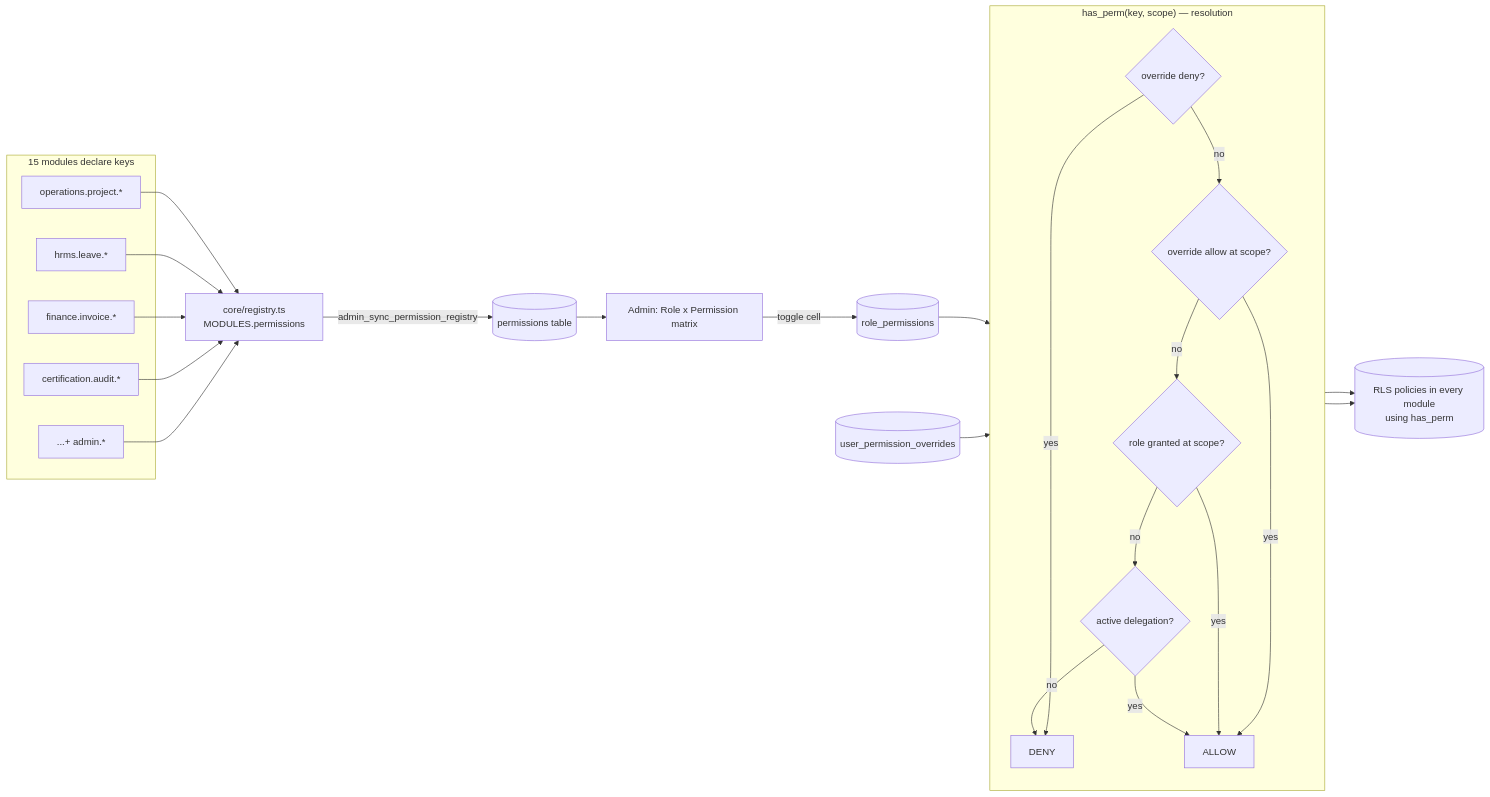
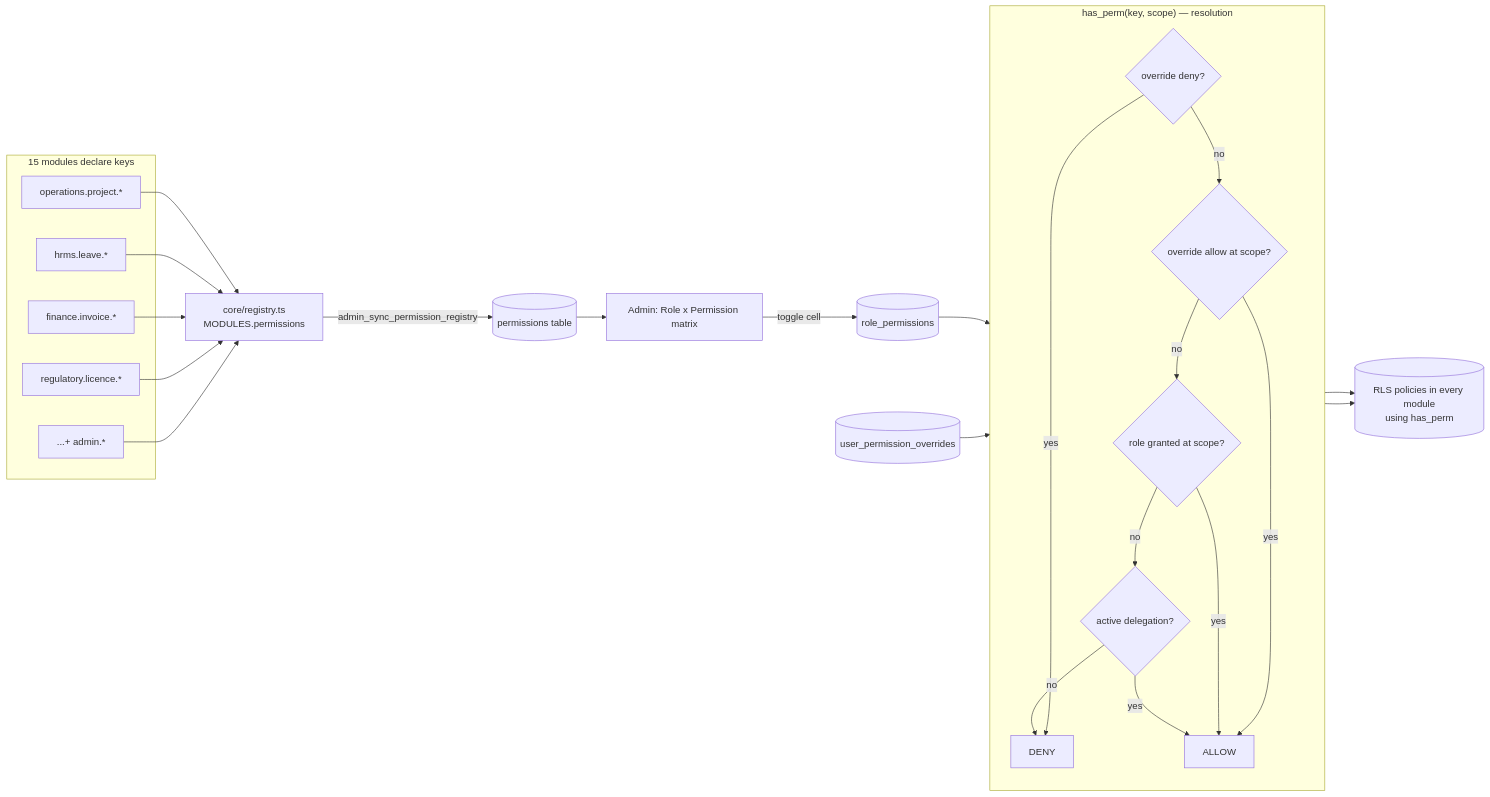
Before and after one commit to taruntps/tps-oms: the fourth of 5 diagrams in docs/architecture/modules/administration.md, drawn with Mermaid. The commit also changed other lines of this file and 21 other files, not shown here.

````diff
--- a/docs/architecture/modules/administration.md
+++ b/docs/architecture/modules/administration.md
@@ -518,29 +518,29 @@
 ```mermaid
 flowchart LR
   subgraph Modules["15 modules declare keys"]
     P1[operations.project.*]
     P2[hrms.leave.*]
     P3[finance.invoice.*]
-    P4[certification.audit.*]
+    P4[regulatory.licence.*]
     Pn[...+ admin.*]
   end
   P1 & P2 & P3 & P4 & Pn --> REG[core/registry.ts\nMODULES.permissions]
   REG -->|admin_sync_permission_registry| PERM[(permissions table)]
   PERM --> MATRIX[Admin: Role x Permission matrix]
   MATRIX -->|toggle cell| RP[(role_permissions)]
   RP --> RESOLVE
   UO[(user_permission_overrides)] --> RESOLVE
   subgraph RESOLVE["has_perm(key, scope) — resolution"]
     direction TB
     R1{override deny?} -->|yes| DENY[DENY]
     R1 -->|no| R2{override allow at scope?}
     R2 -->|yes| ALLOW[ALLOW]
     R2 -->|no| R3{role granted at scope?}
     R3 -->|yes| ALLOW
     R3 -->|no| R4{active delegation?}
     R4 -->|yes| ALLOW
     R4 -->|no| DENY
   end
   ALLOW --> RLS[(RLS policies in every module\nusing has_perm)]
   DENY --> RLS
 ```
````
